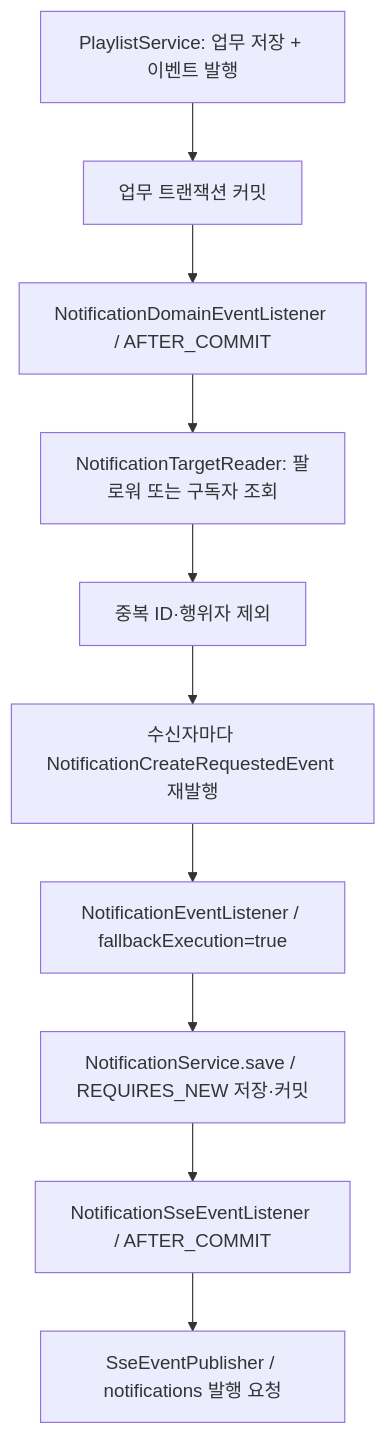
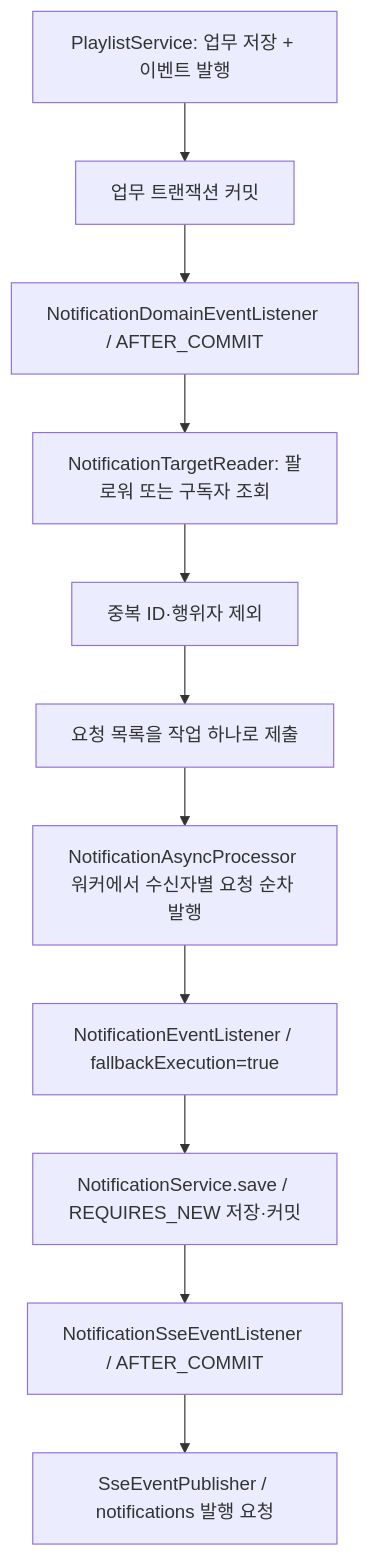
Before and after one commit to codeit-backend13-part4-team1/playlist_for_everyone: the diagram in docs/notification/09-playlist-event-integration.md, drawn with Mermaid. The commit also changed other lines of this file and 12 other files, not shown here.

````diff
--- a/docs/notification/09-playlist-event-integration.md
+++ b/docs/notification/09-playlist-event-integration.md
@@ -48,12 +48,13 @@
 ```mermaid
 flowchart TD
     A["PlaylistService: 업무 저장 + 이벤트 발행"] --> B["업무 트랜잭션 커밋"]
     B --> C["NotificationDomainEventListener / AFTER_COMMIT"]
     C --> D["NotificationTargetReader: 팔로워 또는 구독자 조회"]
     D --> E["중복 ID·행위자 제외"]
-    E --> F["수신자마다 NotificationCreateRequestedEvent 재발행"]
-    F --> G["NotificationEventListener / fallbackExecution=true"]
+    E --> F["요청 목록을 작업 하나로 제출"]
+    F --> W["NotificationAsyncProcessor 워커에서 수신자별 요청 순차 발행"]
+    W --> G["NotificationEventListener / fallbackExecution=true"]
     G --> H["NotificationService.save / REQUIRES_NEW 저장·커밋"]
     H --> I["NotificationSseEventListener / AFTER_COMMIT"]
     I --> J["SseEventPublisher / notifications 발행 요청"]
 ```
````
